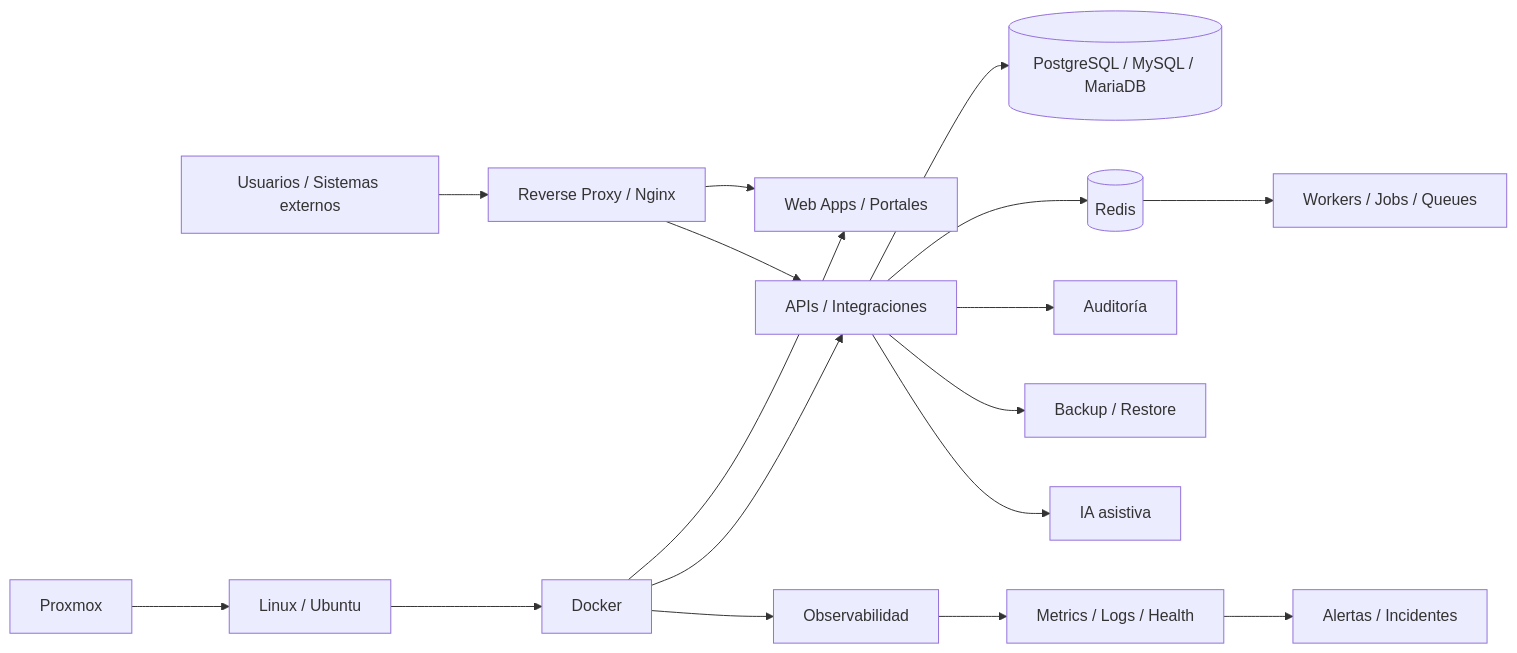
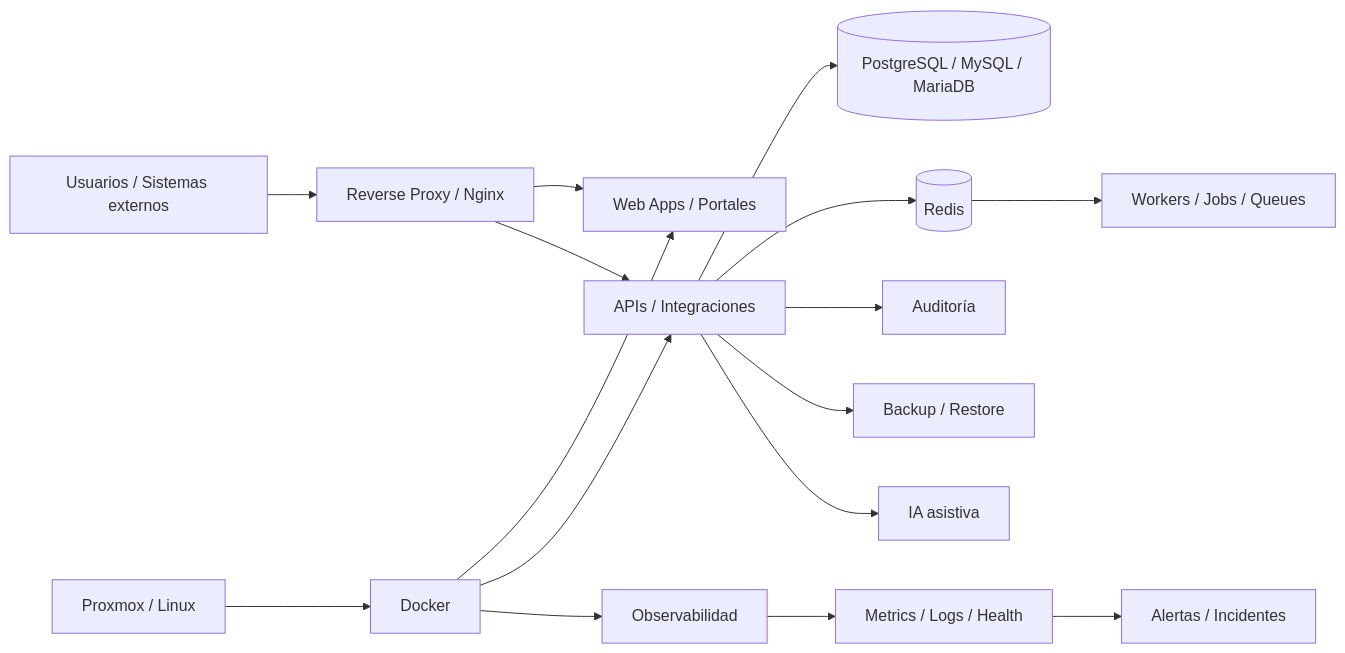
The diagram in README.md (poto212/poto212), drawn with Mermaid before and after one commit. The commit also changed other lines of this file, not shown here.

````diff
--- a/README.md
+++ b/README.md
@@ -330,23 +286,22 @@
 ```mermaid
 flowchart LR
     U[Usuarios / Sistemas externos] --> RP[Reverse Proxy / Nginx]
     RP --> WEB[Web Apps / Portales]
     RP --> API[APIs / Integraciones]
 
     API --> DB[(PostgreSQL / MySQL / MariaDB)]
-    API --> REDIS[(Redis)]
-    REDIS --> JOBS[Workers / Jobs / Queues]
+    API --> R[(Redis)]
+    R --> W[Workers / Jobs / Queues]
 
-    P[Proxmox] --> L[Linux / Ubuntu]
-    L --> D[Docker]
+    P[Proxmox / Linux] --> D[Docker]
     D --> WEB
     D --> API
     D --> OBS[Observabilidad]
 
-    OBS --> MET[Metrics / Logs / Health]
-    MET --> ALT[Alertas / Incidentes]
+    OBS --> M[Metrics / Logs / Health]
+    M --> A[Alertas / Incidentes]
 
     API --> AUD[Auditoría]
     API --> BK[Backup / Restore]
-    API --> IA[IA asistiva]
+    API --> AI[IA asistiva]
 ```
````
